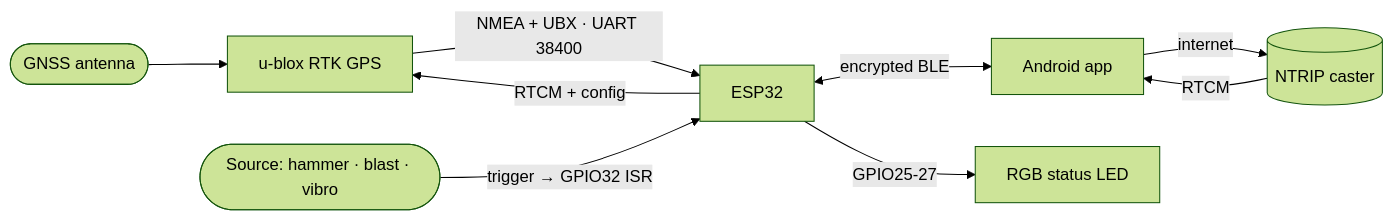
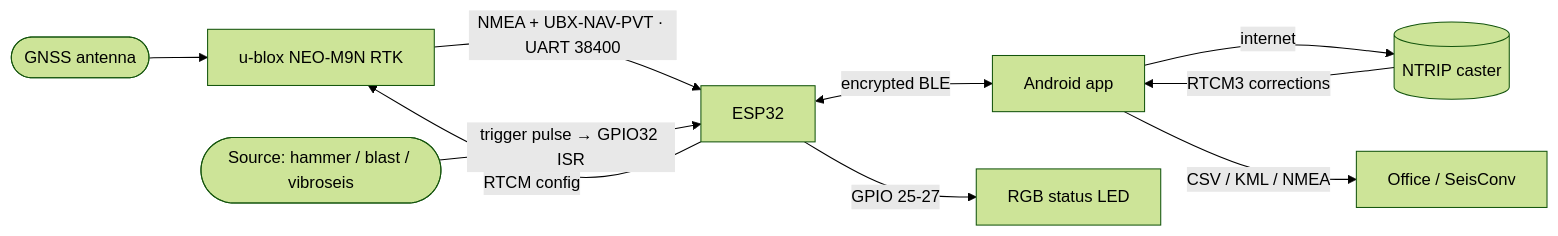
The diagram in README.md (m0shiko8811-beep/SmartSeismicSystem), drawn with Mermaid (forest theme) before and after one commit. The commit also changed other lines of this file and 18 other files, not shown here.

First line of the commit message:
docs: present SmartSeismicSystem as a pro umbrella (SeisConv + Survey GPS + firmware) + pre-public scrub

````diff
--- a/README.md
+++ b/README.md
@@ -73,11 +115,12 @@
 ```mermaid
 flowchart LR
-  ANT([GNSS antenna]) --> GPS[u-blox RTK GPS]
-  GPS -->|"NMEA + UBX · UART 38400"| ESP[ESP32]
-  ESP -->|"RTCM + config"| GPS
-  SRC([Source: hammer · blast · vibro]) -->|"trigger → GPIO32 ISR"| ESP
+  ANT([GNSS antenna]) --> GPS[u-blox NEO-M9N RTK]
+  GPS -->|"NMEA + UBX-NAV-PVT · UART 38400"| ESP[ESP32]
+  ESP -->|"RTCM config"| GPS
+  SRC([Source: hammer / blast / vibroseis]) -->|"trigger pulse → GPIO32 ISR"| ESP
   ESP <-->|"encrypted BLE"| PHONE[Android app]
   PHONE -->|"internet"| NTRIP[(NTRIP caster)]
-  NTRIP -->|"RTCM"| PHONE
-  ESP -->|"GPIO25-27"| LED[RGB status LED]
+  NTRIP -->|"RTCM3 corrections"| PHONE
+  ESP -->|"GPIO 25-27"| LED[RGB status LED]
+  PHONE -->|"CSV / KML / NMEA"| OFFICE[Office / SeisConv]
 ```
````
